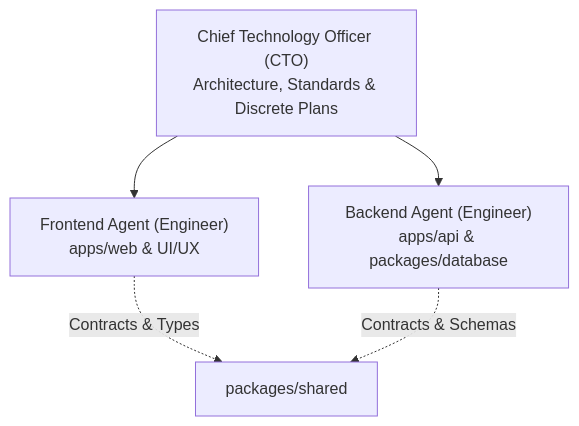
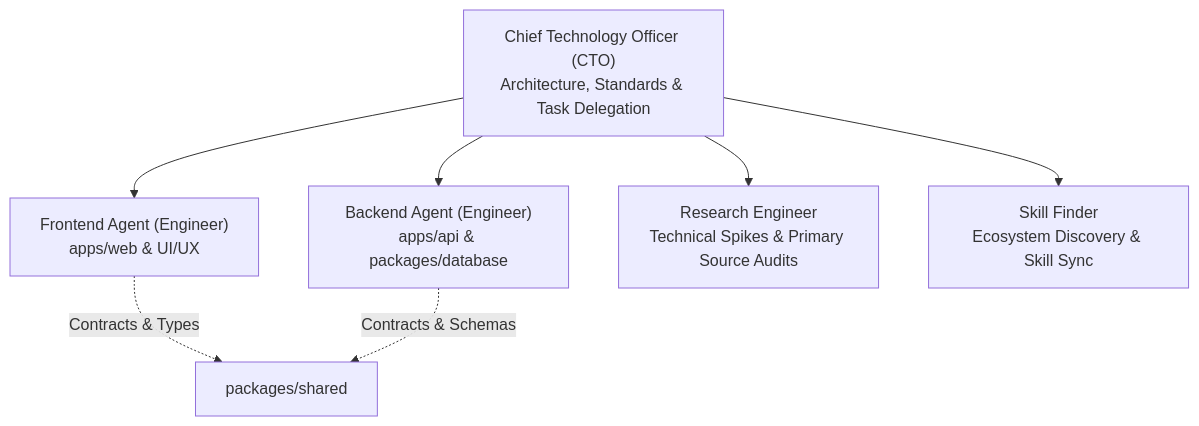
One commit to Souheil007/AlongSide changed the diagram in AGENTS.md. Above: the diagram before and after it, drawn with Mermaid. The commit also changed other lines of this file, not shown here.

Commit message:
docs(governance): add CTO delegation mandate and Research Engineer role to AGENTS.md

````diff
--- a/AGENTS.md
+++ b/AGENTS.md
@@ -25,8 +25,10 @@
 ```mermaid
 graph TD
-    CTO["Chief Technology Officer (CTO)<br/>Architecture, Standards & Discrete Plans"]
+    CTO["Chief Technology Officer (CTO)<br/>Architecture, Standards & Task Delegation"]
     CTO --> FrontendAgent["Frontend Agent (Engineer)<br/>apps/web & UI/UX"]
     CTO --> BackendAgent["Backend Agent (Engineer)<br/>apps/api & packages/database"]
+    CTO --> ResearchAgent["Research Engineer<br/>Technical Spikes & Primary Source Audits"]
+    CTO --> SkillFinder["Skill Finder<br/>Ecosystem Discovery & Skill Sync"]
     FrontendAgent -. "Contracts & Types" .-> SharedPkg["packages/shared"]
     BackendAgent -. "Contracts & Schemas" .-> SharedPkg
 ```
````
